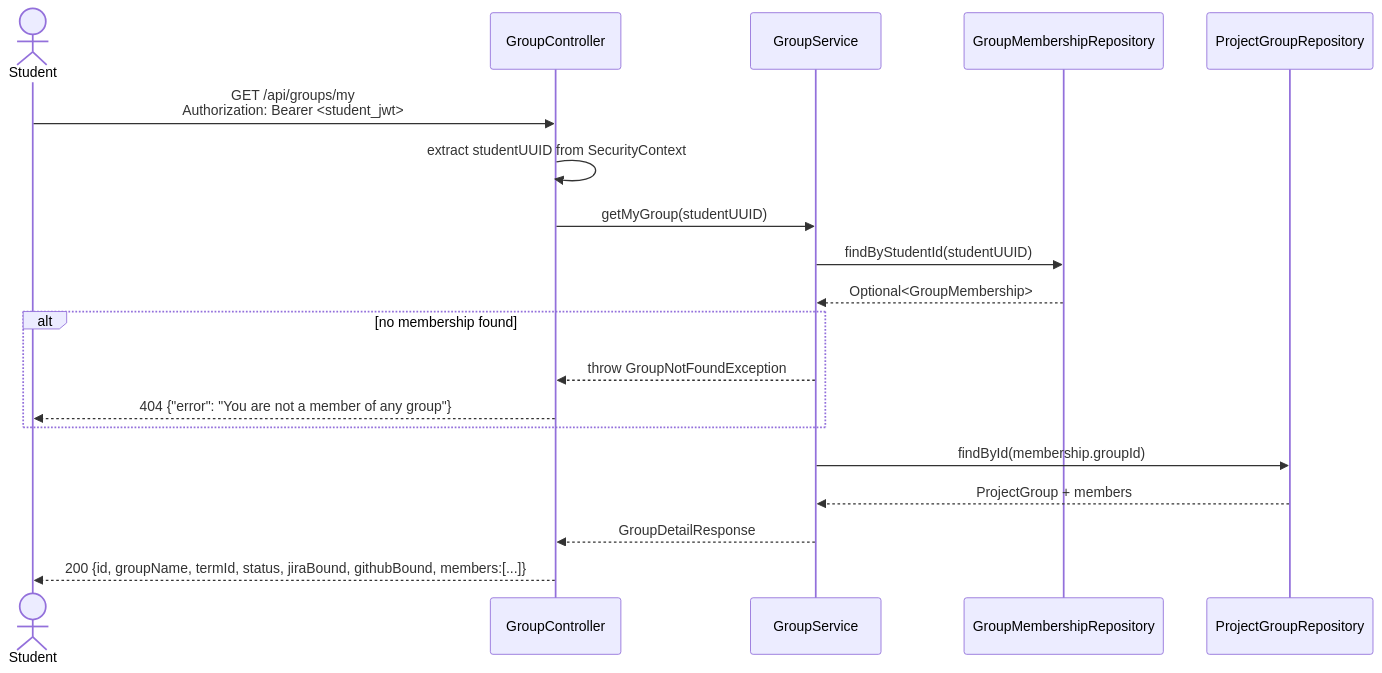
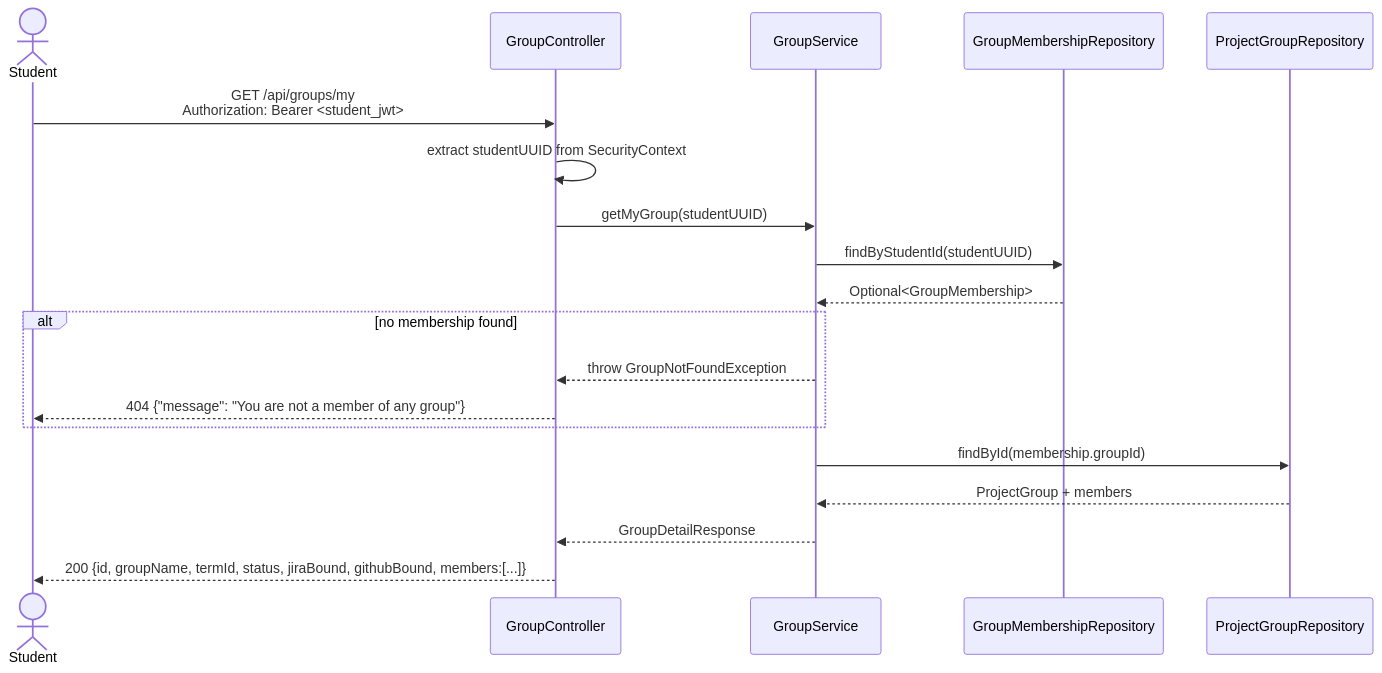
Before and after one commit to SE3318-Spring-2025-2026/senior-app-6: the second of 2 diagrams in docs/process2/sequences/2.1_create_group_p2.md, drawn with Mermaid. The commit also changed other lines of this file and 27 other files, not shown here.

````diff
--- a/docs/process2/sequences/2.1_create_group_p2.md
+++ b/docs/process2/sequences/2.1_create_group_p2.md
@@ -70,28 +70,28 @@
 ```mermaid
 sequenceDiagram
     actor Student
     participant GroupController
     participant GroupService
     participant GroupMembershipRepository
     participant ProjectGroupRepository
 
     Student->>GroupController: GET /api/groups/my<br/>Authorization: Bearer <student_jwt>
 
     GroupController->>GroupController: extract studentUUID from SecurityContext
 
     GroupController->>GroupService: getMyGroup(studentUUID)
 
     GroupService->>GroupMembershipRepository: findByStudentId(studentUUID)
     GroupMembershipRepository-->>GroupService: Optional<GroupMembership>
 
     alt no membership found
         GroupService-->>GroupController: throw GroupNotFoundException
-        GroupController-->>Student: 404 {"error": "You are not a member of any group"}
+        GroupController-->>Student: 404 {"message": "You are not a member of any group"}
     end
 
     GroupService->>ProjectGroupRepository: findById(membership.groupId)
     ProjectGroupRepository-->>GroupService: ProjectGroup + members
 
     GroupService-->>GroupController: GroupDetailResponse
     GroupController-->>Student: 200 {id, groupName, termId, status, jiraBound, githubBound, members:[...]}
 ```
````
